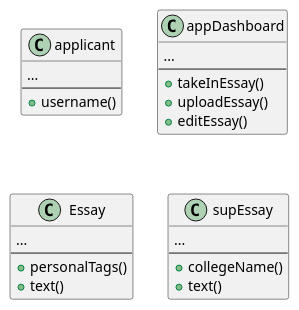
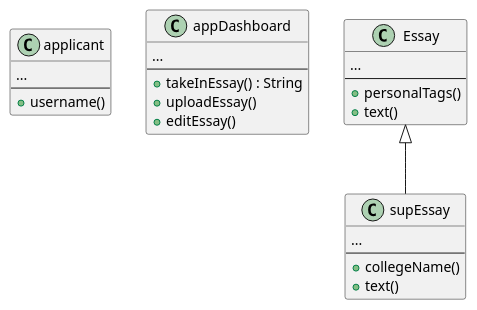
The third of 3 diagrams in intellij/doc/design.md (jlederer33/Essay-Review-App), drawn with PlantUML before and after one commit. The commit also changed other lines of this file, not shown here.

Commit message:
added stuff to design

````diff
--- a/intellij/doc/design.md
+++ b/intellij/doc/design.md
@@ -48,29 +49,31 @@
 ```plantuml
 class applicant{
 ...
 --
 +username()
 }
 
 class appDashboard{
 ...
 --
-+takeInEssay()
++takeInEssay() : String
 +uploadEssay()
 +editEssay()
 }
 
 class Essay{
 ...
 --
 +personalTags()
 +text()
 }
 
 class supEssay{
 ...
 --
 +collegeName()
 +text()
 }
+
+Essay <|--  supEssay
 ```
````
